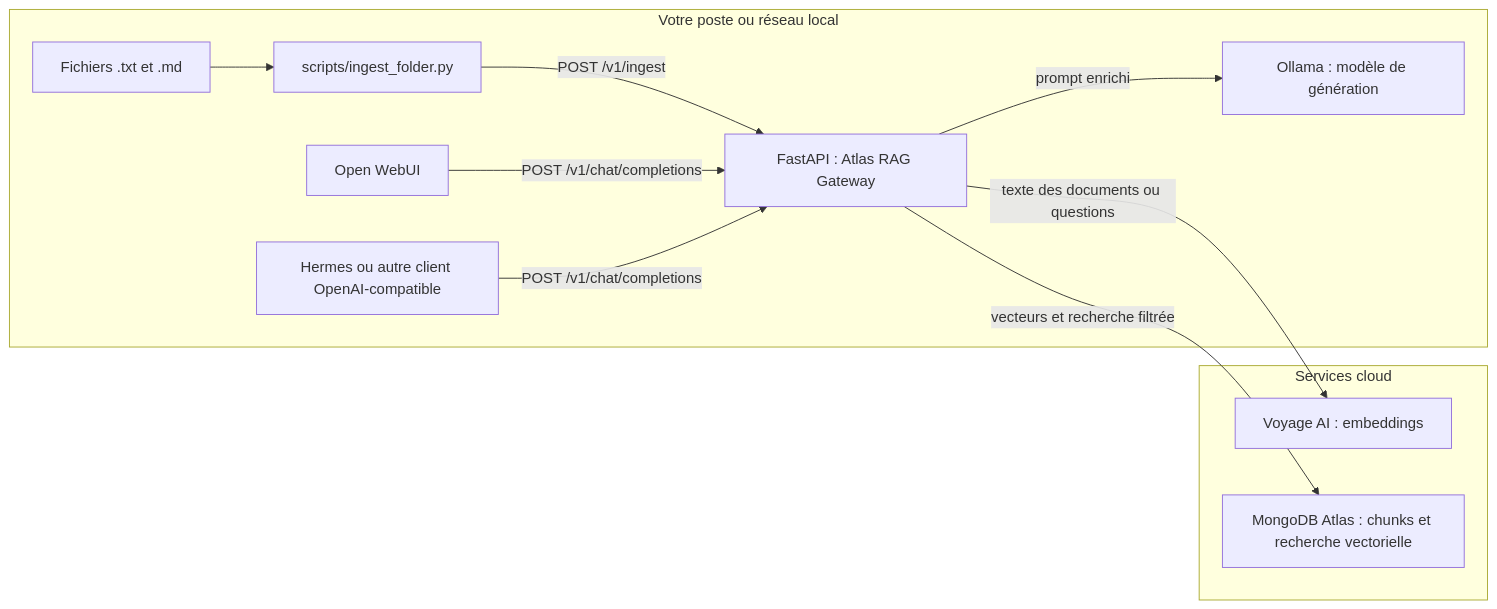
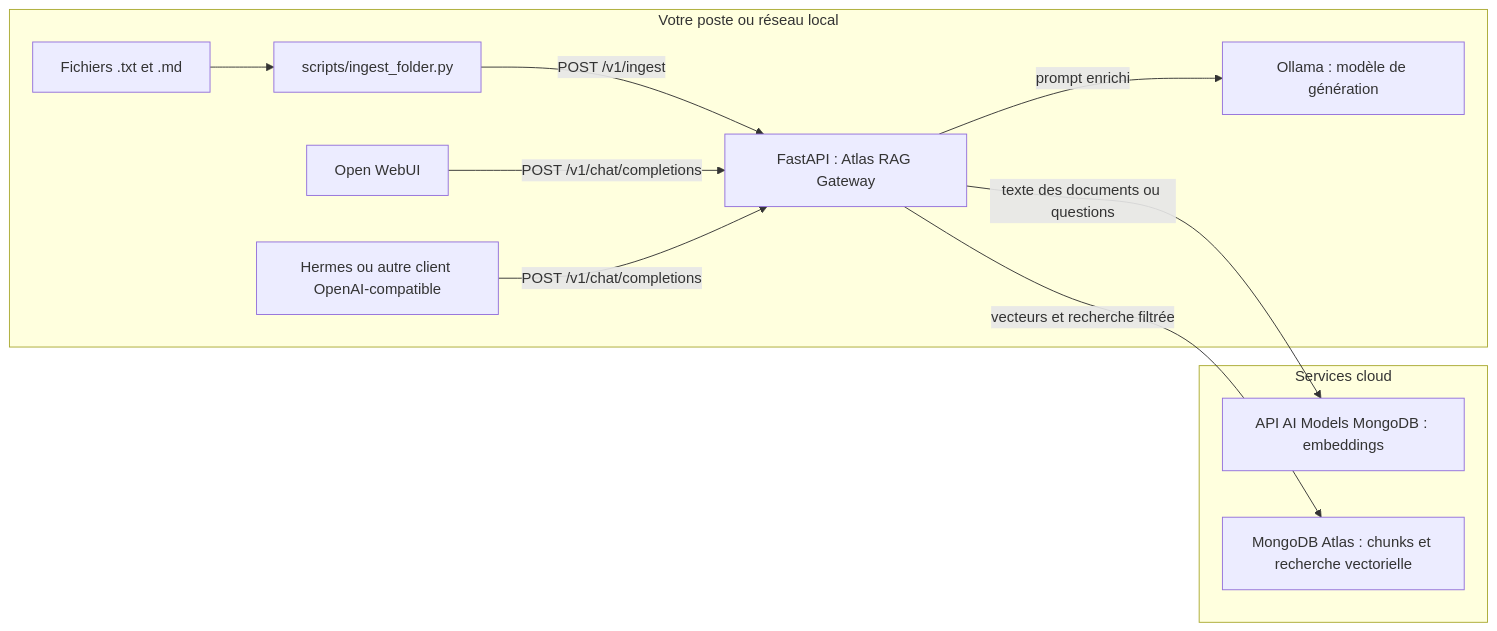
One commit to vthinsel/RAG_Gateway changed the first of 3 diagrams in docs/guide-debutant-rag-gateway.md. Above: the diagram before and after it, drawn with Mermaid. The commit also changed other lines of this file and 13 other files, not shown here.

Commit message:
mongo/voyage credentials and endpoints reviewed

````diff
--- a/docs/guide-debutant-rag-gateway.md
+++ b/docs/guide-debutant-rag-gateway.md
@@ -46,24 +46,24 @@
 ```mermaid
 flowchart LR
     subgraph Local["Votre poste ou réseau local"]
         Docs["Fichiers .txt et .md"]
         Script["scripts/ingest_folder.py"]
         UI["Open WebUI"]
         Agent["Hermes ou autre client OpenAI-compatible"]
         GW["FastAPI : Atlas RAG Gateway"]
         Ollama["Ollama : modèle de génération"]
         Docs --> Script
         Script -->|"POST /v1/ingest"| GW
         UI -->|"POST /v1/chat/completions"| GW
         Agent -->|"POST /v1/chat/completions"| GW
         GW -->|"prompt enrichi"| Ollama
     end
 
     subgraph Cloud["Services cloud"]
-        Voyage["Voyage AI : embeddings"]
+        Voyage["API AI Models MongoDB : embeddings"]
         Atlas["MongoDB Atlas : chunks et recherche vectorielle"]
     end
 
     GW -->|"texte des documents ou questions"| Voyage
     GW -->|"vecteurs et recherche filtrée"| Atlas
 ```
````
